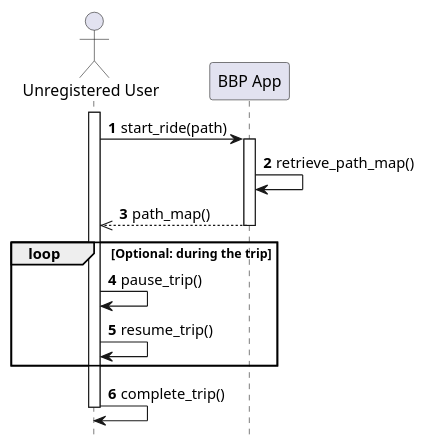
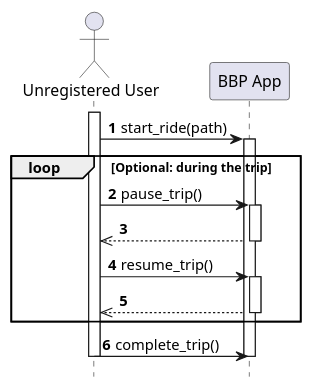
The diagram in diagrams/RASD/sequence diagram/UC8_sequence_diagram.puml (Guflie/PoliMi-SWE2-RDD-project), drawn with PlantUML before and after one commit. The commit also changed 19 other files, not shown here.

```diff
--- a/diagrams/RASD/sequence diagram/UC8_sequence_diagram.puml
+++ b/diagrams/RASD/sequence diagram/UC8_sequence_diagram.puml
@@ -1,26 +1,29 @@
 @startuml uc8_sequence_diagram
 hide footbox
 
 actor "Unregistered User" as User
 participant "BBP App" as App
 
 autonumber
 
 activate User
 
 User -> App : start_ride(path)
 activate App
 
-App -> App : retrieve_path_map()
-App -->> User : path_map()
-deactivate App
-
 loop Optional: during the trip
-    User -> User : pause_trip()
-    User -> User : resume_trip()
+    User -> App : pause_trip()
+    activate App
+    App -->> User
+    deactivate App
+    User -> App : resume_trip()
+    activate App
+    App -->> User
+    deactivate App
 end
 
-User -> User : complete_trip()
+User -> App : complete_trip()
+deactivate App
 
 deactivate User
 @enduml
```
